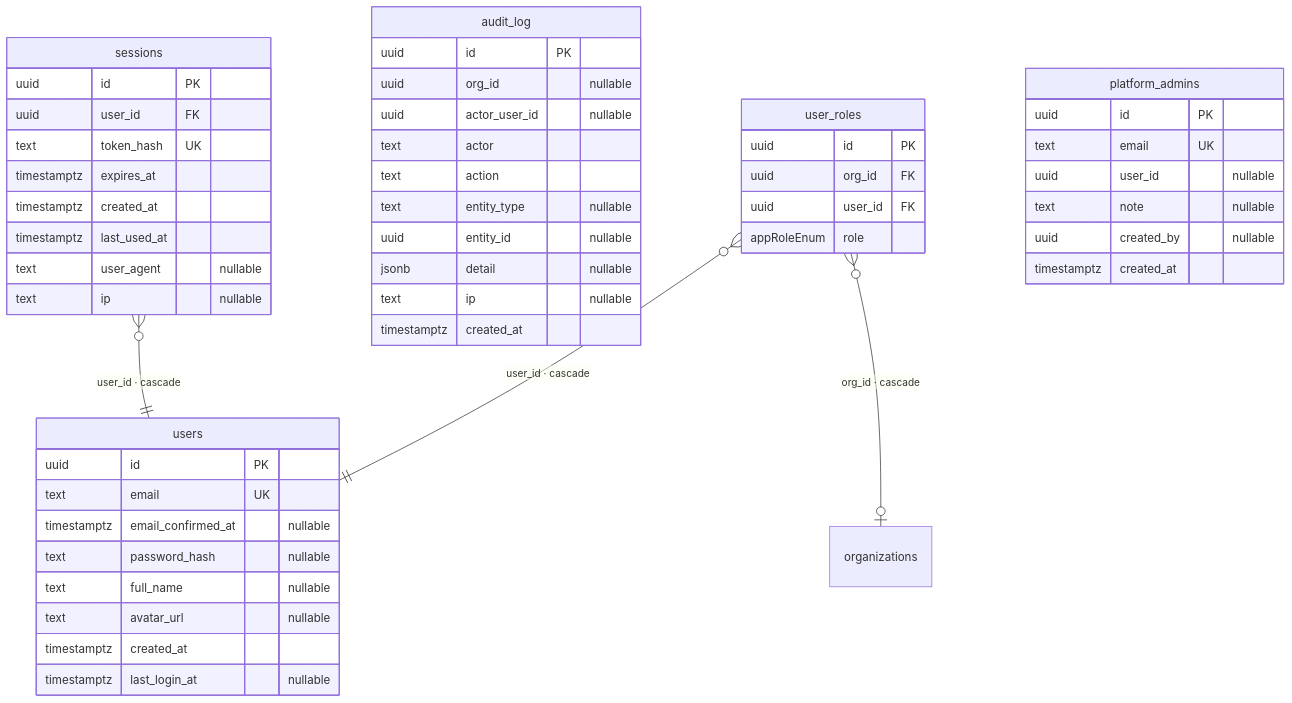
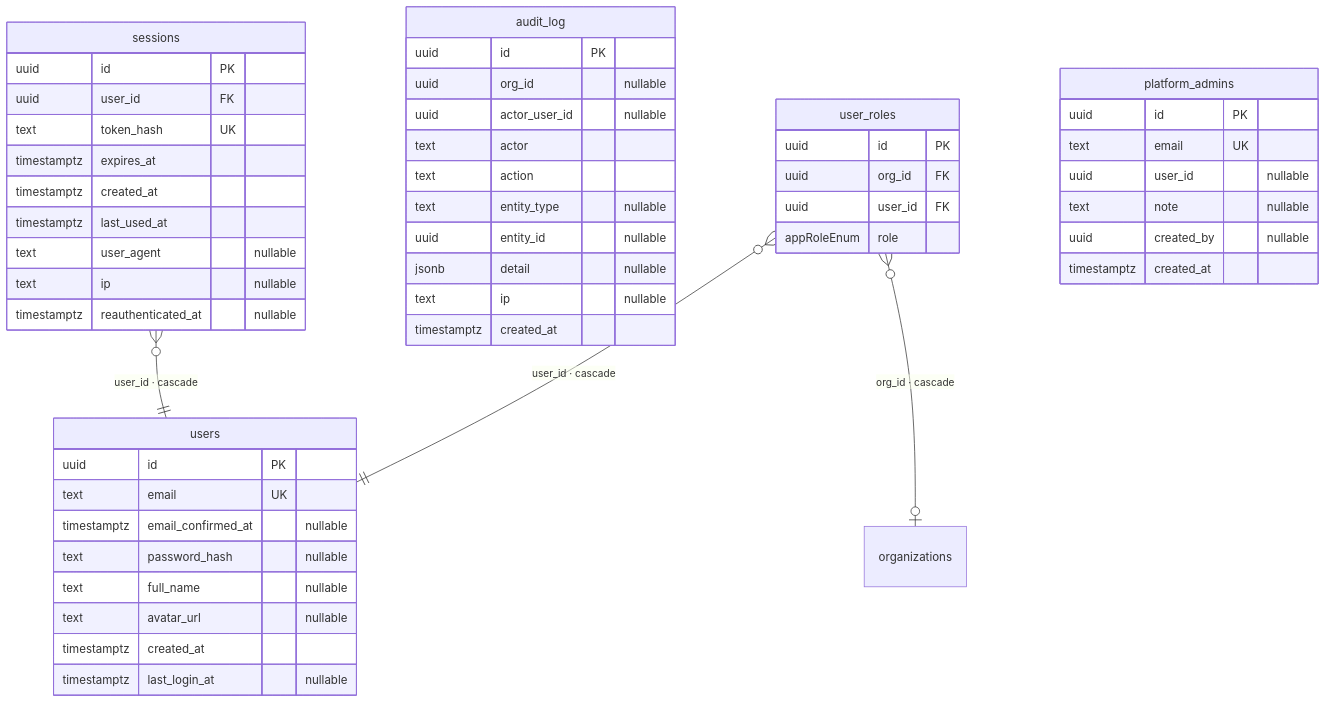
One commit to madhugraj/ATSAgent changed the first of 9 diagrams in docs/er-diagram.md. Above: the diagram before and after it, drawn with Mermaid. The commit also changed other lines of this file and 38 other files, not shown here.

````diff
--- a/docs/er-diagram.md
+++ b/docs/er-diagram.md
@@ -18,53 +18,54 @@
 ```mermaid
 erDiagram
   users {
     uuid id PK
     text email UK
     timestamptz email_confirmed_at "nullable"
     text password_hash "nullable"
     text full_name "nullable"
     text avatar_url "nullable"
     timestamptz created_at
     timestamptz last_login_at "nullable"
   }
   sessions {
     uuid id PK
     uuid user_id FK
     text token_hash UK
     timestamptz expires_at
     timestamptz created_at
     timestamptz last_used_at
     text user_agent "nullable"
     text ip "nullable"
+    timestamptz reauthenticated_at "nullable"
   }
   audit_log {
     uuid id PK
     uuid org_id "nullable"
     uuid actor_user_id "nullable"
     text actor
     text action
     text entity_type "nullable"
     uuid entity_id "nullable"
     jsonb detail "nullable"
     text ip "nullable"
     timestamptz created_at
   }
   user_roles {
     uuid id PK
     uuid org_id FK
     uuid user_id FK
     appRoleEnum role
   }
   platform_admins {
     uuid id PK
     text email UK
     uuid user_id "nullable"
     text note "nullable"
     uuid created_by "nullable"
     timestamptz created_at
   }
 
   sessions }o--|| users : "user_id · cascade"
   user_roles }o--o| organizations : "org_id · cascade"
   user_roles }o--|| users : "user_id · cascade"
 ```
````
